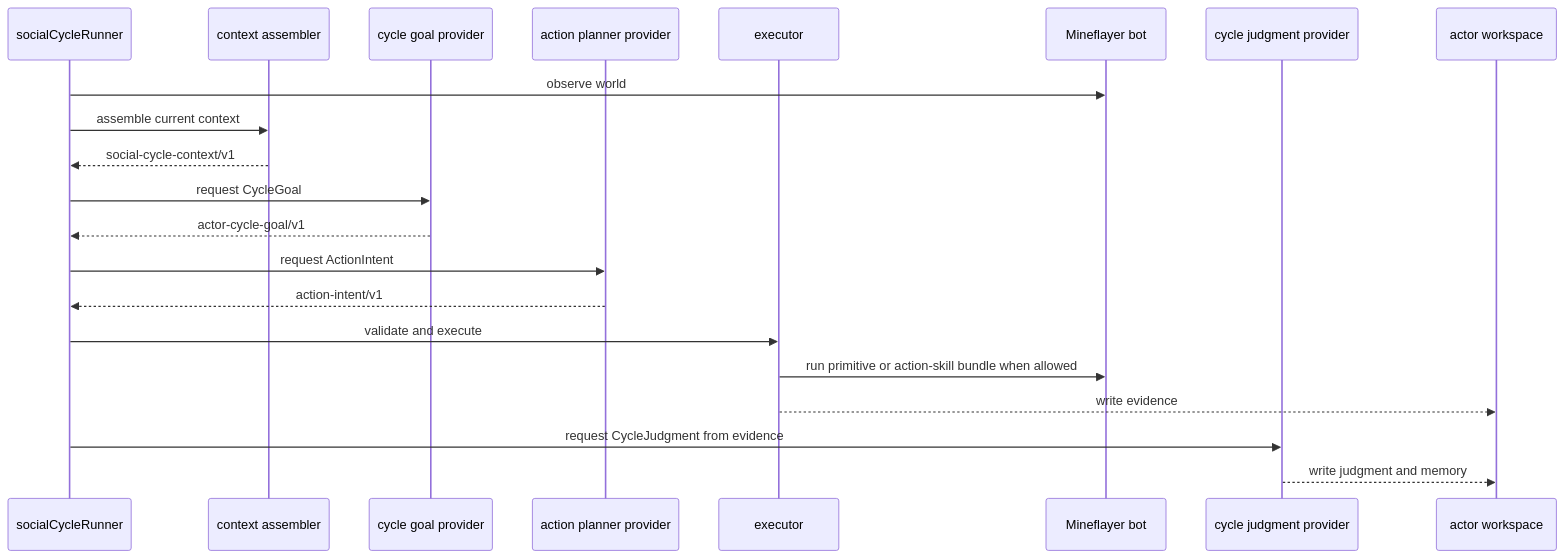
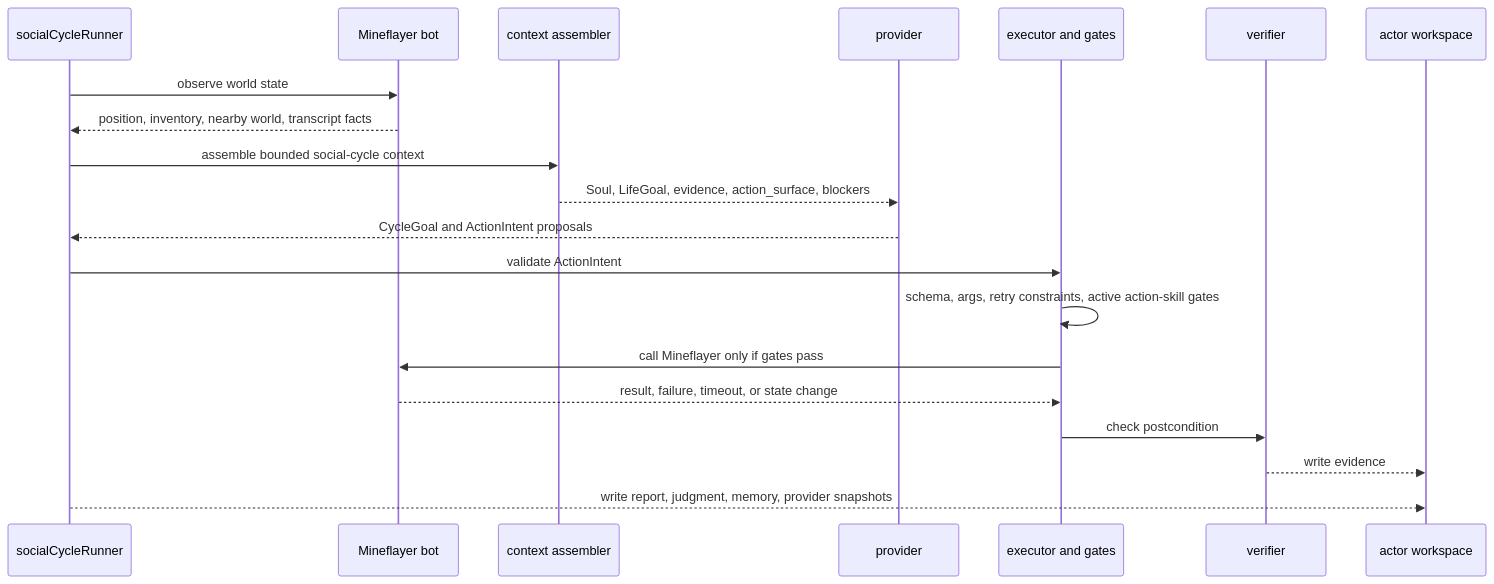
One commit to gigio1023/minecraft-llm-agent-community changed the fifth of 11 diagrams in CURRENT_IMPLEMENTATION_ARCHITECTURE_REVIEW.md. Above: the diagram before and after it, drawn with Mermaid. The commit also changed other lines of this file and 83 other files, not shown here.

Commit message:
runtime: align observation context architecture

````diff
--- a/CURRENT_IMPLEMENTATION_ARCHITECTURE_REVIEW.md
+++ b/CURRENT_IMPLEMENTATION_ARCHITECTURE_REVIEW.md
@@ -189,24 +245,23 @@
 ```mermaid
 sequenceDiagram
   participant Runner as socialCycleRunner
+  participant Bot as Mineflayer bot
   participant Context as context assembler
-  participant Goal as cycle goal provider
-  participant Planner as action planner provider
-  participant Exec as executor
-  participant Bot as Mineflayer bot
-  participant Judge as cycle judgment provider
+  participant Provider as provider
+  participant Exec as executor and gates
+  participant Verifier as verifier
   participant Store as actor workspace
 
-  Runner->>Bot: observe world
-  Runner->>Context: assemble current context
-  Context-->>Runner: social-cycle-context/v1
-  Runner->>Goal: request CycleGoal
-  Goal-->>Runner: actor-cycle-goal/v1
-  Runner->>Planner: request ActionIntent
-  Planner-->>Runner: action-intent/v1
-  Runner->>Exec: validate and execute
-  Exec->>Bot: run primitive or action-skill bundle when allowed
-  Exec-->>Store: write evidence
-  Runner->>Judge: request CycleJudgment from evidence
-  Judge-->>Store: write judgment and memory
+  Runner->>Bot: observe world state
+  Bot-->>Runner: position, inventory, nearby world, transcript facts
+  Runner->>Context: assemble bounded social-cycle context
+  Context-->>Provider: Soul, LifeGoal, evidence, action_surface, blockers
+  Provider-->>Runner: CycleGoal and ActionIntent proposals
+  Runner->>Exec: validate ActionIntent
+  Exec->>Exec: schema, args, retry constraints, active action-skill gates
+  Exec->>Bot: call Mineflayer only if gates pass
+  Bot-->>Exec: result, failure, timeout, or state change
+  Exec->>Verifier: check postcondition
+  Verifier-->>Store: write evidence
+  Runner-->>Store: write report, judgment, memory, provider snapshots
 ```
````
